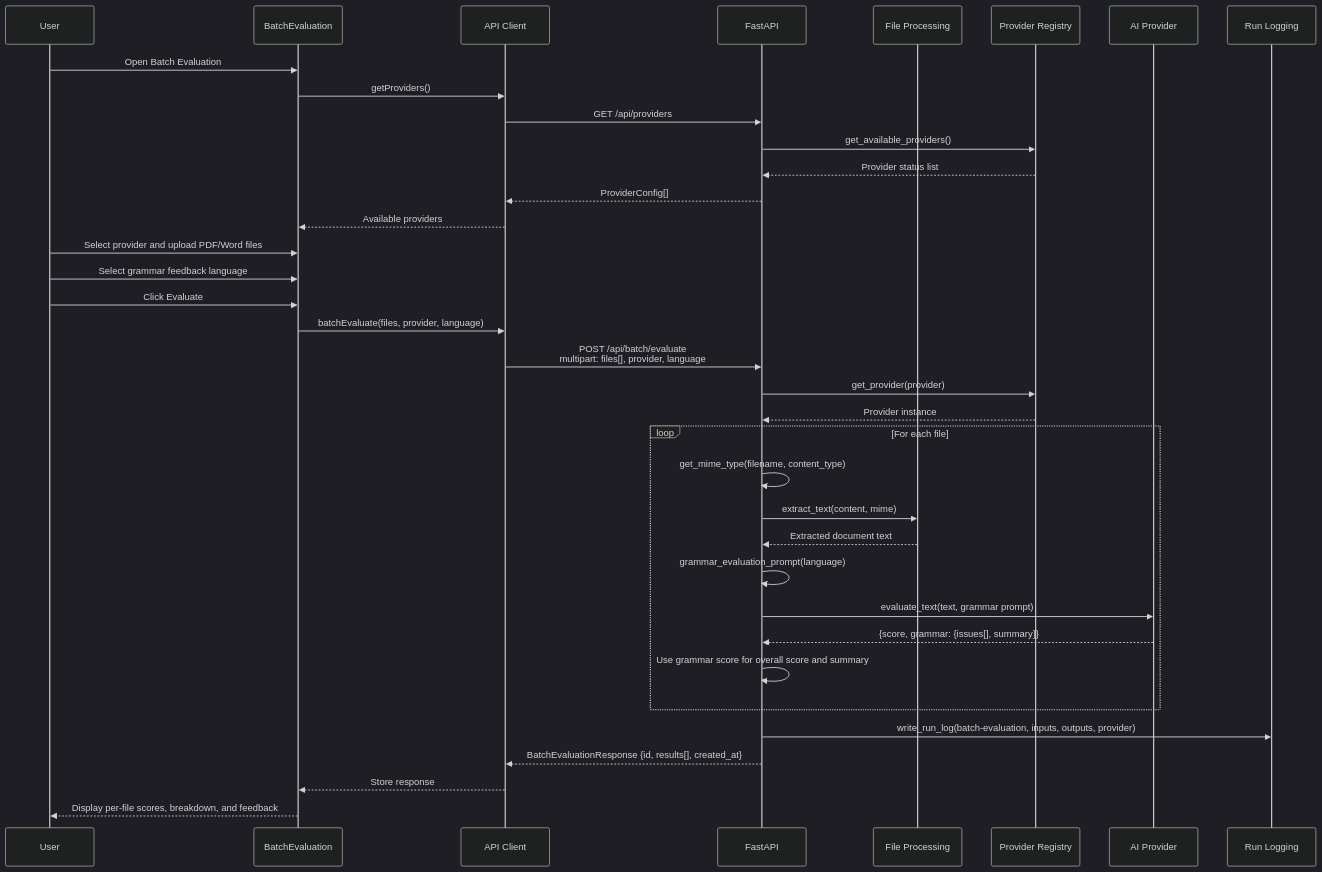
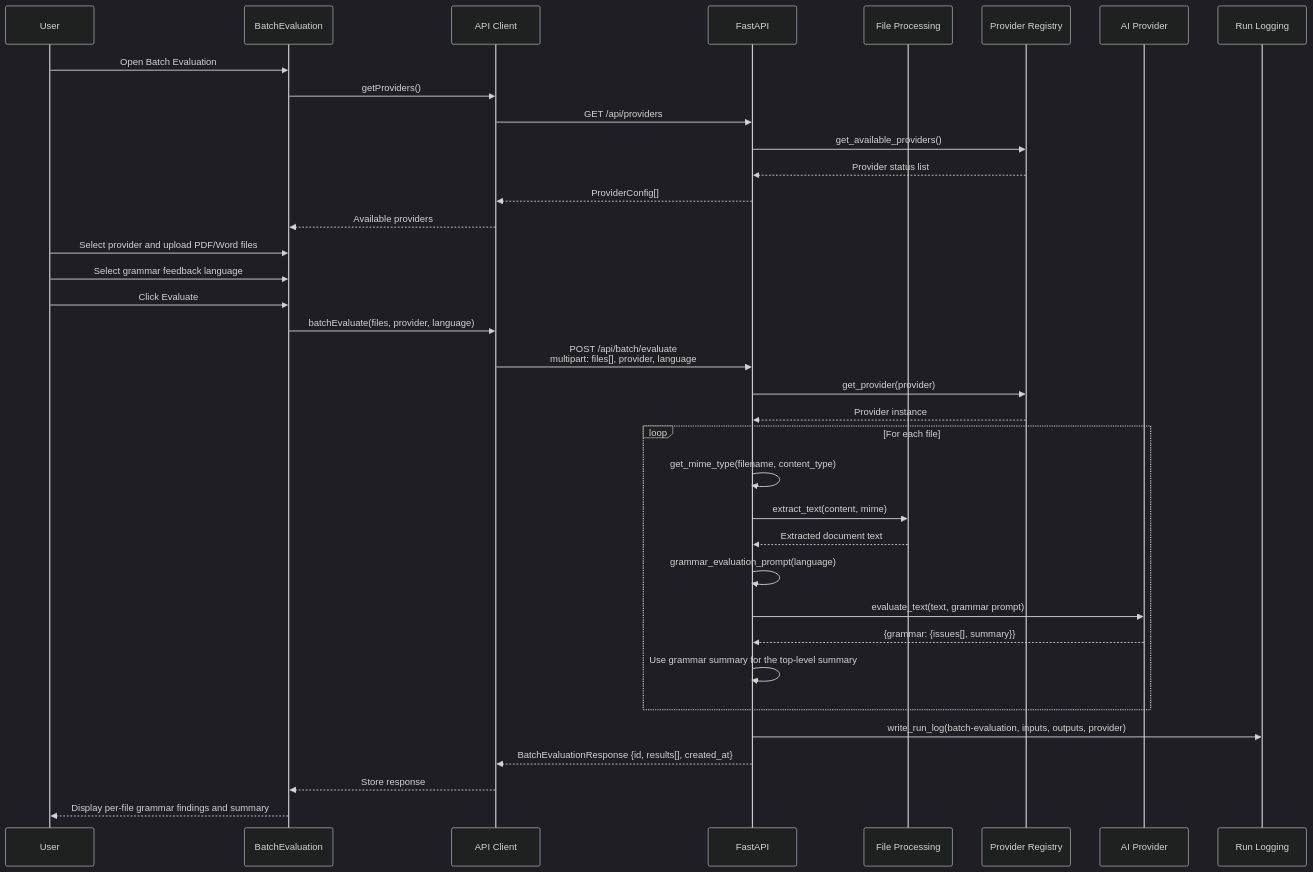
One commit to franciscosuca/exan changed the third of 6 diagrams in docs/ARCHITECTURE.md. Above: the diagram before and after it, drawn with Mermaid (dark theme). The commit also changed other lines of this file and 15 other files, not shown here.

````diff
--- a/docs/ARCHITECTURE.md
+++ b/docs/ARCHITECTURE.md
@@ -199,44 +199,44 @@
 ```mermaid
 sequenceDiagram
     participant U as User
     participant BE as BatchEvaluation
     participant API as API Client
     participant SVC as FastAPI
     participant FP as File Processing
     participant PR as Provider Registry
     participant AI as AI Provider
     participant LOG as Run Logging
 
     U->>BE: Open Batch Evaluation
     BE->>API: getProviders()
     API->>SVC: GET /api/providers
     SVC->>PR: get_available_providers()
     PR-->>SVC: Provider status list
     SVC-->>API: ProviderConfig[]
     API-->>BE: Available providers
 
     U->>BE: Select provider and upload PDF/Word files
     U->>BE: Select grammar feedback language
     U->>BE: Click Evaluate
 
     BE->>API: batchEvaluate(files, provider, language)
     API->>SVC: POST /api/batch/evaluate<br/>multipart: files[], provider, language
     SVC->>PR: get_provider(provider)
     PR-->>SVC: Provider instance
 
     loop For each file
         SVC->>SVC: get_mime_type(filename, content_type)
         SVC->>FP: extract_text(content, mime)
         FP-->>SVC: Extracted document text
 
         SVC->>SVC: grammar_evaluation_prompt(language)
         SVC->>AI: evaluate_text(text, grammar prompt)
-        AI-->>SVC: {score, grammar: {issues[], summary}}
-        SVC->>SVC: Use grammar score for overall score and summary
+        AI-->>SVC: {grammar: {issues[], summary}}
+        SVC->>SVC: Use grammar summary for the top-level summary
     end
 
     SVC->>LOG: write_run_log(batch-evaluation, inputs, outputs, provider)
     SVC-->>API: BatchEvaluationResponse {id, results[], created_at}
     API-->>BE: Store response
-    BE-->>U: Display per-file scores, breakdown, and feedback
+    BE-->>U: Display per-file grammar findings and summary
 ```
````
